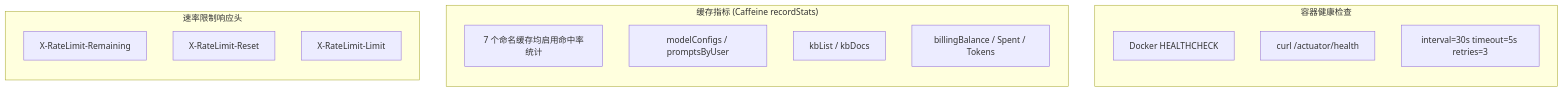
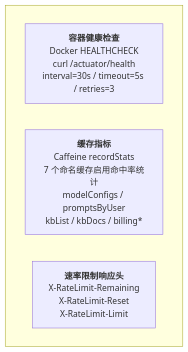
One commit to kleetor/AiChat changed diagram 17 of 19 in ProjectReadme.md. Above: the diagram before and after it, drawn with Mermaid. The commit also changed other lines of this file and 12 other files, not shown here.

````diff
--- a/ProjectReadme.md
+++ b/ProjectReadme.md
@@ -606,24 +559,9 @@
 ```mermaid
-flowchart TB
-    subgraph health["容器健康检查"]
-        direction TB
-        H1["Docker HEALTHCHECK"]
-        H2["curl /actuator/health"]
-        H3["interval=30s timeout=5s retries=3"]
-    end
-
-    subgraph cache["缓存指标 (Caffeine recordStats)"]
-        direction TB
-        CA1["7 个命名缓存均启用命中率统计"]
-        CA2["modelConfigs / promptsByUser"]
-        CA3["kbList / kbDocs"]
-        CA4["billingBalance / Spent / Tokens"]
-    end
-
-    subgraph rate["速率限制响应头"]
-        direction TB
-        R1["X-RateLimit-Remaining"]
-        R2["X-RateLimit-Reset"]
-        R3["X-RateLimit-Limit"]
+flowchart TD
+    subgraph row[" "]
+        direction LR
+        A["<b>容器健康检查</b><br/>Docker HEALTHCHECK<br/>curl /actuator/health<br/>interval=30s / timeout=5s / retries=3"]
+        B["<b>缓存指标</b><br/>Caffeine recordStats<br/>7 个命名缓存启用命中率统计<br/>modelConfigs / promptsByUser<br/>kbList / kbDocs / billing*"]
+        C["<b>速率限制响应头</b><br/>X-RateLimit-Remaining<br/>X-RateLimit-Reset<br/>X-RateLimit-Limit"]
     end
 ```
````
